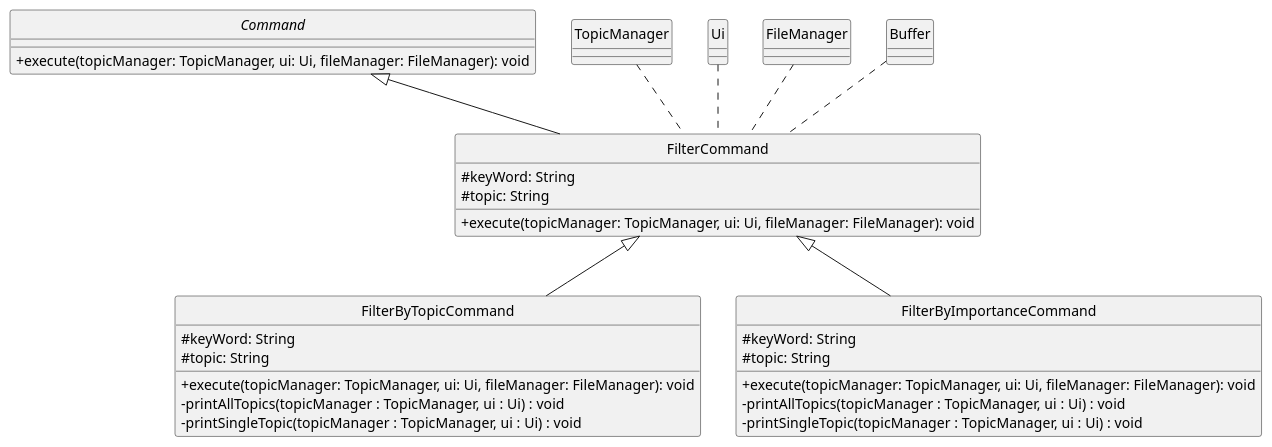
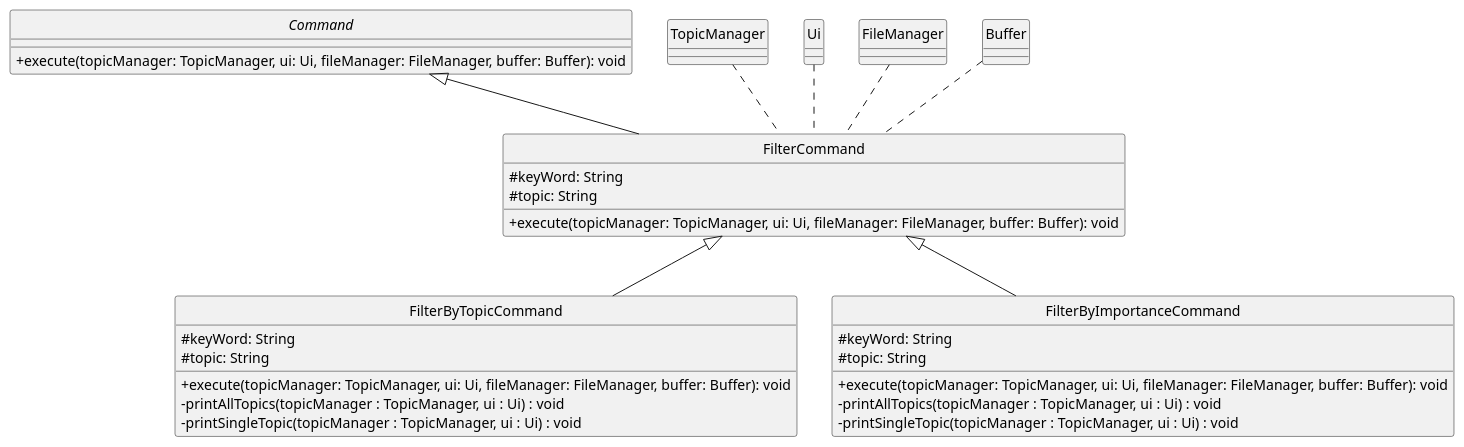
One commit to ong-ck/tp changed the diagram in docs/class-diagrams/source-files/FilterClass.puml. Above: the diagram before and after it, drawn with PlantUML. The commit also changed other lines of this file and 10 other files, not shown here.

Commit message:
Update methods in class diagram to include buffer

```diff
--- a/docs/class-diagrams/source-files/FilterClass.puml
+++ b/docs/class-diagrams/source-files/FilterClass.puml
@@ -1,55 +1,55 @@
 @startuml
 skinparam classAttributeIconSize 0
 hide circle
 
 abstract class Command {
-    +execute(topicManager: TopicManager, ui: Ui, fileManager: FileManager): void
+    +execute(topicManager: TopicManager, ui: Ui, fileManager: FileManager, buffer: Buffer): void
 }
 
 class FilterCommand {
     #keyWord: String
     #topic: String
 
-    +execute(topicManager: TopicManager, ui: Ui, fileManager: FileManager): void
+    +execute(topicManager: TopicManager, ui: Ui, fileManager: FileManager, buffer: Buffer): void
 }
 
 class FilterByTopicCommand {
     #keyWord: String
     #topic: String
 
-    +execute(topicManager: TopicManager, ui: Ui, fileManager: FileManager): void
+    +execute(topicManager: TopicManager, ui: Ui, fileManager: FileManager, buffer: Buffer): void
     -printAllTopics(topicManager : TopicManager, ui : Ui) : void
     -printSingleTopic(topicManager : TopicManager, ui : Ui) : void
 }
 
 class FilterByImportanceCommand {
     #keyWord: String
     #topic: String
 
-    +execute(topicManager: TopicManager, ui: Ui, fileManager: FileManager): void
+    +execute(topicManager: TopicManager, ui: Ui, fileManager: FileManager, buffer: Buffer): void
     -printAllTopics(topicManager : TopicManager, ui : Ui) : void
     -printSingleTopic(topicManager : TopicManager, ui : Ui) : void
 }
 
 class TopicManager {
 }
 
 class Ui {
 }
 
 class FileManager {
 }
 
 class Buffer {
 }
 
 Command <|-- FilterCommand
 FilterCommand <|-- FilterByTopicCommand
 FilterCommand <|-- FilterByImportanceCommand
 
 TopicManager .. FilterCommand
 Ui .. FilterCommand
 FileManager .. FilterCommand
 Buffer .. FilterCommand
 
 @enduml
```
